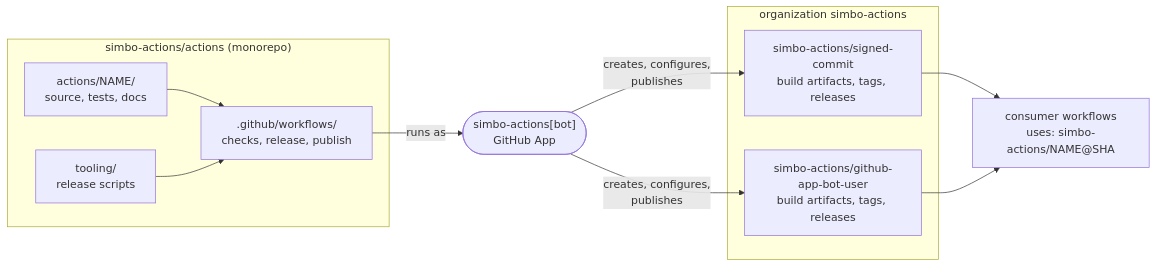
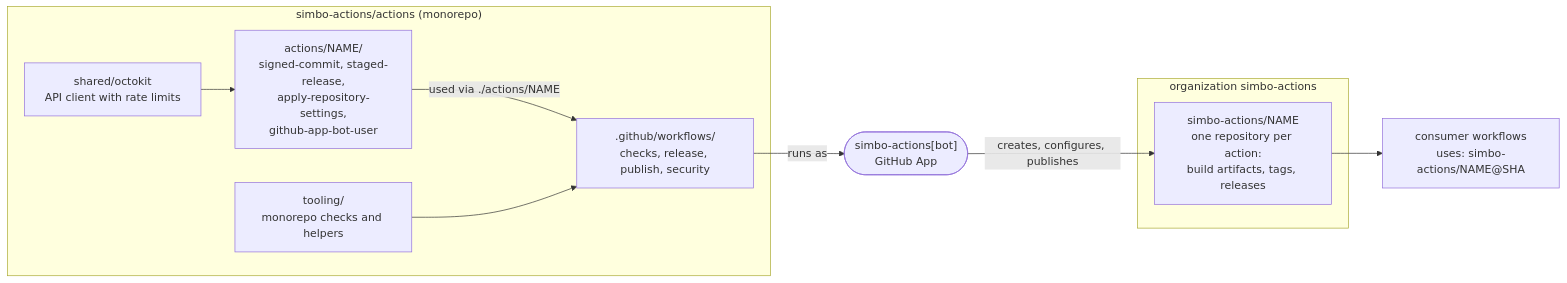
Before and after one commit to simbo-actions/actions: the first of 6 diagrams in ARCHITECTURE.md, drawn with Mermaid. The commit also changed other lines of this file and 100 other files, not shown here.

First line of the commit message:
feat(repo): staged-release, apply-repository-settings, and dependency checks

````diff
--- a/ARCHITECTURE.md
+++ b/ARCHITECTURE.md
@@ -29,25 +33,24 @@
 ```mermaid
 flowchart LR
   subgraph monorepo["simbo-actions/actions (monorepo)"]
-    source["actions/NAME/<br/>source, tests, docs"]
-    tooling["tooling/<br/>release scripts"]
-    workflows[".github/workflows/<br/>checks, release, publish"]
+    actions["actions/NAME/<br/>signed-commit, staged-release,<br/>apply-repository-settings,<br/>github-app-bot-user"]
+    shared["shared/octokit<br/>API client with rate limits"]
+    tooling["tooling/<br/>monorepo checks and helpers"]
+    workflows[".github/workflows/<br/>checks, release, publish, security"]
   end
 
   bot(["simbo-actions[bot]<br/>GitHub App"])
 
   subgraph org["organization simbo-actions"]
-    repoA["simbo-actions/signed-commit<br/>build artifacts, tags, releases"]
-    repoB["simbo-actions/github-app-bot-user<br/>build artifacts, tags, releases"]
+    repos["simbo-actions/NAME<br/>one repository per action:<br/>build artifacts, tags, releases"]
   end
 
   consumer["consumer workflows<br/>uses: simbo-actions/NAME@SHA"]
 
-  source --> workflows
+  shared --> actions
+  actions -- "used via ./actions/NAME" --> workflows
   tooling --> workflows
   workflows -- "runs as" --> bot
-  bot -- "creates, configures,<br/>publishes" --> repoA
-  bot -- "creates, configures,<br/>publishes" --> repoB
-  repoA --> consumer
-  repoB --> consumer
+  bot -- "creates, configures, publishes" --> repos
+  repos --> consumer
 ```
````
